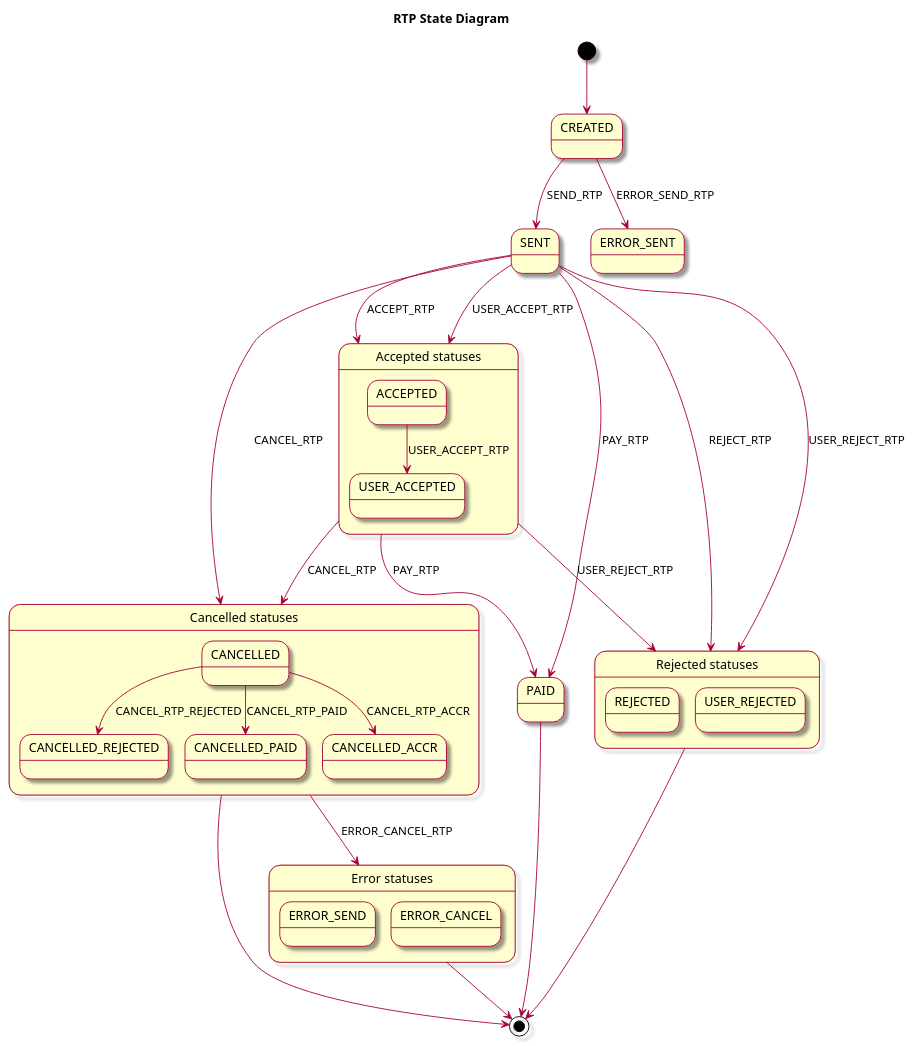
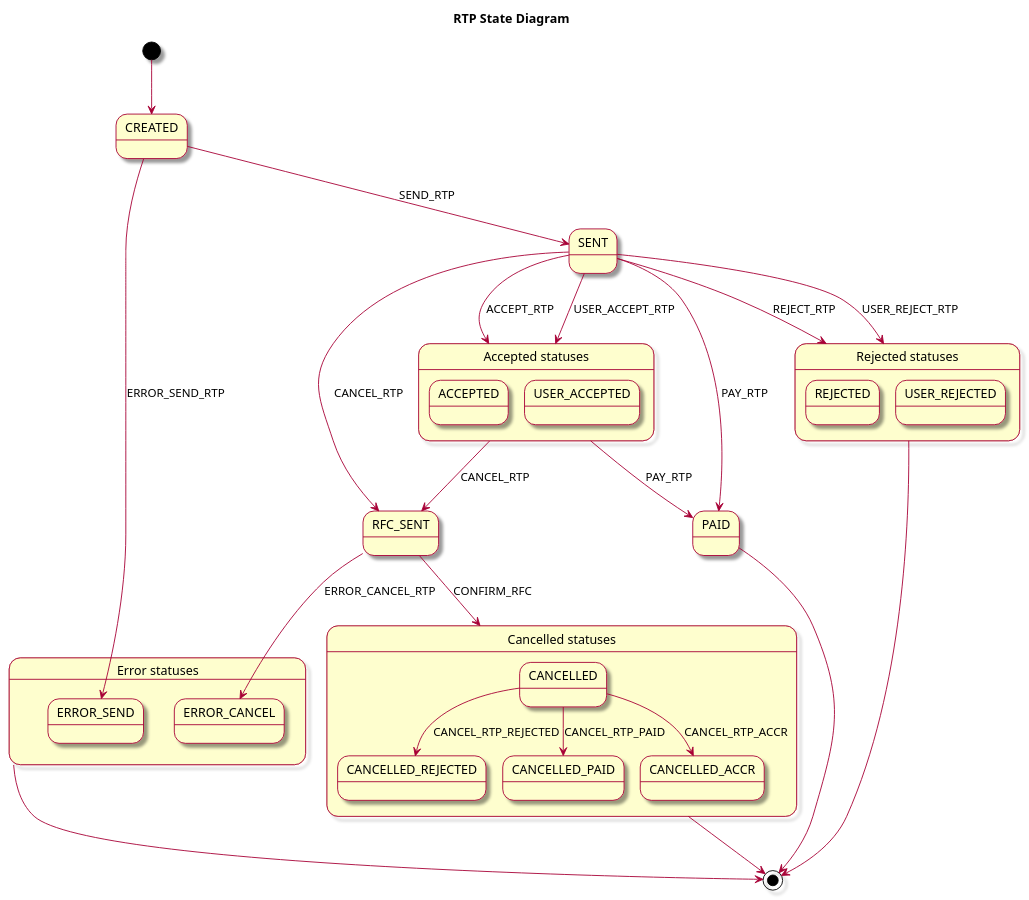
One commit to pagopa/rtp-docs changed the diagram in diagrams/rtp-state-diagram.puml. Above: the diagram before and after it, drawn with PlantUML. The commit also changed 9 other files, not shown here.

First line of the commit message:
feat: [SRTP-1354] Update documentation including new cancellation flow (#37)

```diff
--- a/diagrams/rtp-state-diagram.puml
+++ b/diagrams/rtp-state-diagram.puml
@@ -1,58 +1,61 @@
 @startuml
 skin rose
 title RTP State Diagram
 
 state CREATED
 state SENT
+state RFC_SENT 
 
 state "Error statuses" as ES {
     state ERROR_SEND
     state ERROR_CANCEL
 }
 
 state "Accepted statuses" as AS {
     state ACCEPTED
     state USER_ACCEPTED
 }
 
 state "Rejected statuses" as RS {
     state REJECTED
     state USER_REJECTED
 }
 
 state "Cancelled statuses" as CS {
     state CANCELLED
     state CANCELLED_REJECTED
     state CANCELLED_PAID
     state CANCELLED_ACCR
 }
 
 [*] --> CREATED
 
-
 CREATED --> SENT : SEND_RTP
-CREATED --> ERROR_SENT : ERROR_SEND_RTP
+CREATED --> ERROR_SEND : ERROR_SEND_RTP
 
 SENT --> AS : ACCEPT_RTP
 SENT --> RS : REJECT_RTP
 SENT --> AS : USER_ACCEPT_RTP
 SENT --> RS : USER_REJECT_RTP
 SENT --> PAID : PAY_RTP
-SENT --> CS : CANCEL_RTP
-
-ACCEPTED --> USER_ACCEPTED : USER_ACCEPT_RTP
-AS --> RS : USER_REJECT_RTP
-AS --> CS : CANCEL_RTP
 AS --> PAID : PAY_RTP
 
+' Nuovo Flusso RFC
+SENT --> RFC_SENT : CANCEL_RTP
+AS --> RFC_SENT : CANCEL_RTP
+
+' Gestione esiti da RFC_SENT
+RFC_SENT --> CS : CONFIRM_RFC
+RFC_SENT --> ERROR_CANCEL : ERROR_CANCEL_RTP
+
+' Sottostati di cancellazione
 CANCELLED --> CANCELLED_ACCR : CANCEL_RTP_ACCR
 CANCELLED --> CANCELLED_REJECTED : CANCEL_RTP_REJECTED
 CANCELLED --> CANCELLED_PAID : CANCEL_RTP_PAID
-CS --> ES : ERROR_CANCEL_RTP
 
 PAID --> [*]
 RS --> [*]
 ES --> [*]
 CS --> [*]
 
 @enduml
```
